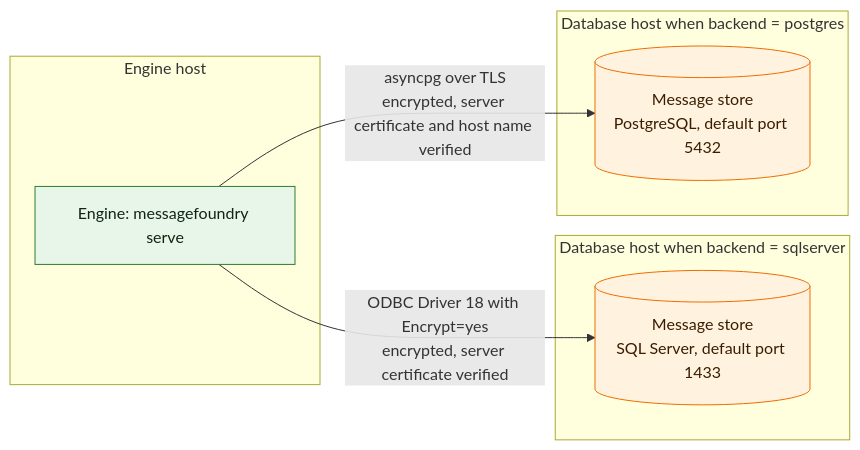
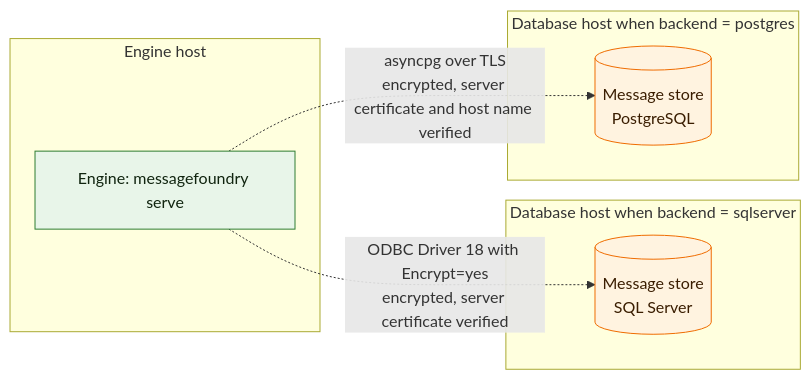
One commit to MEFORORG/MessageFoundry changed the second of 4 diagrams in docs/DEPLOYMENT.md. Above: the diagram before and after it, drawn with Mermaid. The commit also changed other lines of this file and 2 other files, not shown here.

First line of the commit message:
docs(deployment): tighten the topology diagrams after review round one

````diff
--- a/docs/DEPLOYMENT.md
+++ b/docs/DEPLOYMENT.md
@@ -73,20 +77,20 @@
 ```mermaid
 flowchart LR
   classDef core fill:#e8f5e9,stroke:#2e7d32,color:#10240f;
   classDef store fill:#fff3e0,stroke:#ef6c00,color:#3a1d00;
 
   subgraph T2ENGHOST["Engine host"]
     T2ENGINE["Engine: messagefoundry serve"]:::core
   end
 
   subgraph T2SSHOST["Database host when backend = sqlserver"]
-    T2SS[("Message store<br/>SQL Server, default port 1433")]:::store
+    T2SS[("Message store<br/>SQL Server")]:::store
   end
 
   subgraph T2PGHOST["Database host when backend = postgres"]
-    T2PG[("Message store<br/>PostgreSQL, default port 5432")]:::store
+    T2PG[("Message store<br/>PostgreSQL")]:::store
   end
 
-  T2ENGINE -->|"ODBC Driver 18 with Encrypt=yes<br/>encrypted, server certificate verified"| T2SS
-  T2ENGINE -->|"asyncpg over TLS<br/>encrypted, server certificate and host name verified"| T2PG
+  T2ENGINE -.->|"ODBC Driver 18 with Encrypt=yes<br/>encrypted, server certificate verified"| T2SS
+  T2ENGINE -.->|"asyncpg over TLS<br/>encrypted, server certificate and host name verified"| T2PG
 ```
````
